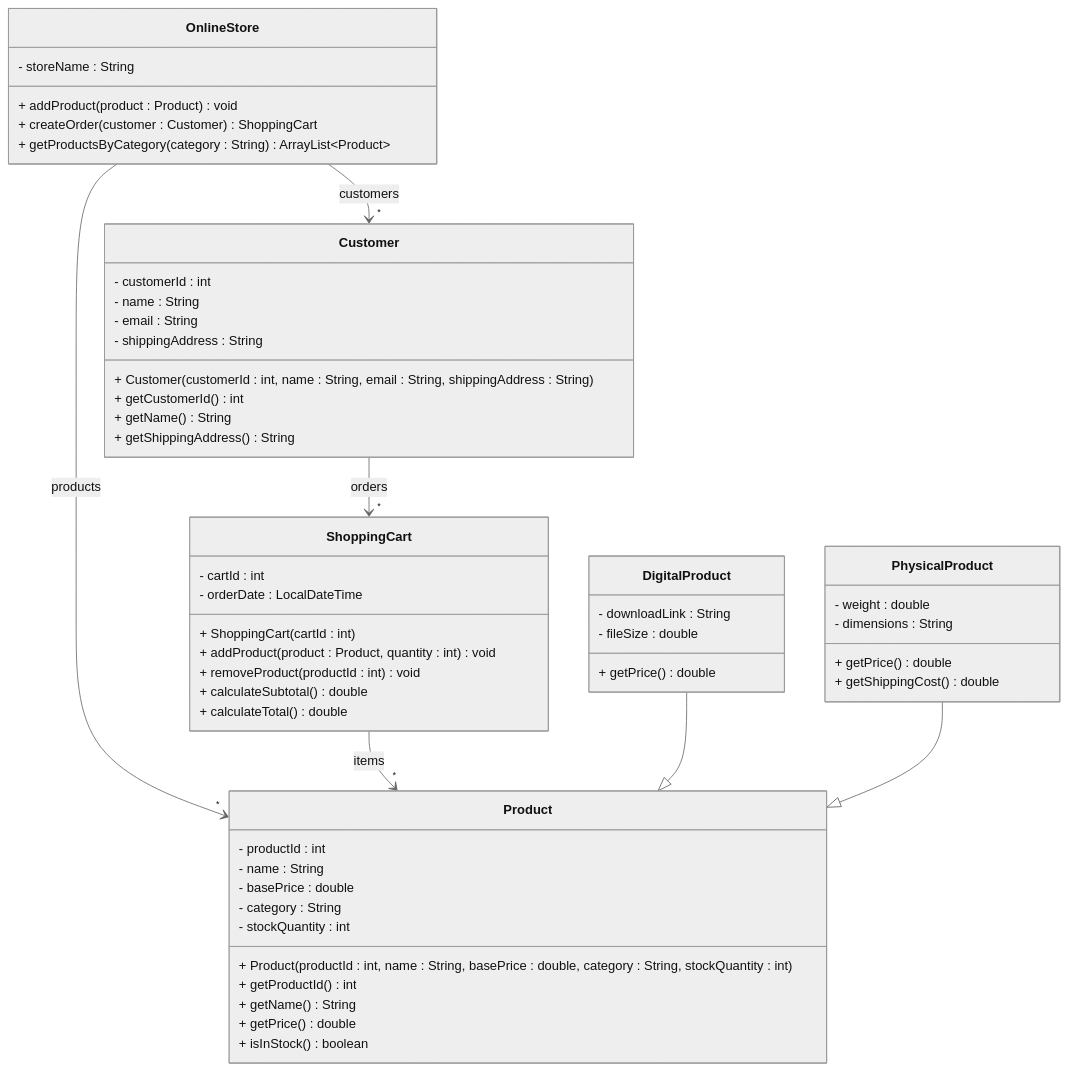
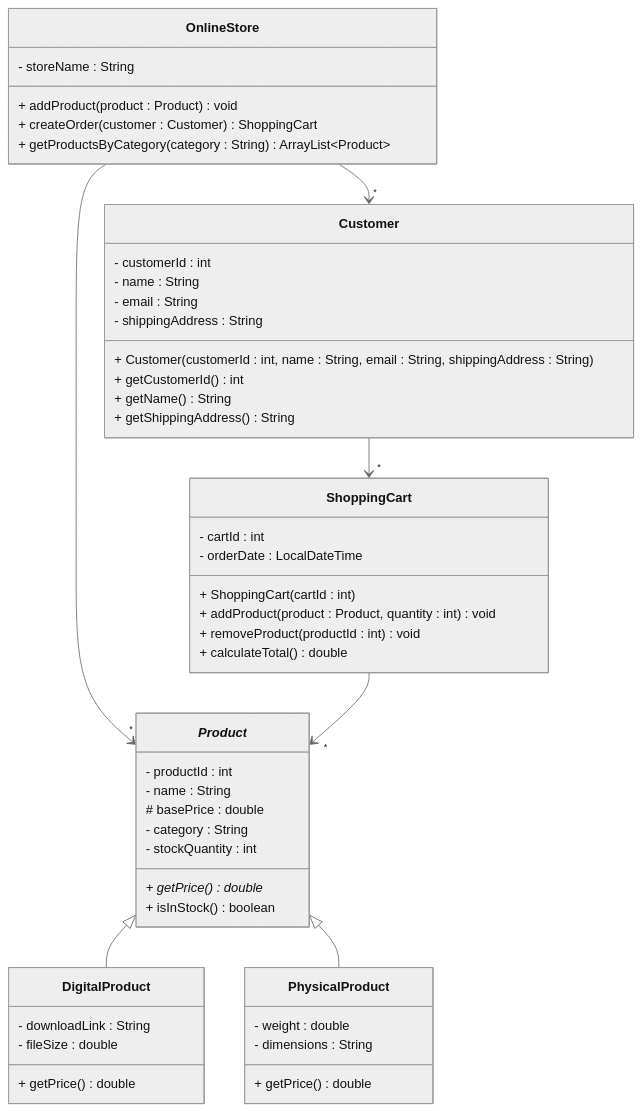
The diagram in Articles/Session 24 - Exam/013 Exercise 12 - Online Store.md (TroelsMortensen/Codelabs2), drawn with Mermaid (neutral theme) before and after one commit. The commit also changed 8 other files, not shown here.

````diff
--- a/Articles/Session 24 - Exam/013 Exercise 12 - Online Store.md
+++ b/Articles/Session 24 - Exam/013 Exercise 12 - Online Store.md
@@ -5,63 +5,58 @@
 ```mermaid
 classDiagram
     class OnlineStore {
         - storeName : String
         + addProduct(product : Product) void
         + createOrder(customer : Customer) ShoppingCart
         + getProductsByCategory(category : String) ArrayList~Product~
     }
     
     class Customer {
         - customerId : int
         - name : String
         - email : String
         - shippingAddress : String
         + Customer(customerId : int, name : String, email : String, shippingAddress : String)
         + getCustomerId() int
         + getName() String
         + getShippingAddress() String
     }
     
-    class Product {
+    class _Product_ {
         - productId : int
         - name : String
-        - basePrice : double
+        # basePrice : double
         - category : String
         - stockQuantity : int
-        + Product(productId : int, name : String, basePrice : double, category : String, stockQuantity : int)
-        + getProductId() int
-        + getName() String
-        + getPrice() double
+        + getPrice()* double
         + isInStock() boolean
     }
     
     class ShoppingCart {
         - cartId : int
         - orderDate : LocalDateTime
         + ShoppingCart(cartId : int)
         + addProduct(product : Product, quantity : int) void
         + removeProduct(productId : int) void
-        + calculateSubtotal() double
         + calculateTotal() double
     }
     
     class DigitalProduct {
         - downloadLink : String
         - fileSize : double
         + getPrice() double
     }
     
     class PhysicalProduct {
         - weight : double
         - dimensions : String
         + getPrice() double
-        + getShippingCost() double
     }
     
-    OnlineStore --> "*" Product : products
-    OnlineStore --> "*" Customer : customers
-    Customer --> "*" ShoppingCart : orders
-    ShoppingCart --> "*" Product : items
-    DigitalProduct --|> Product
-    PhysicalProduct --|> Product
+    OnlineStore --> "*" _Product_ 
+    OnlineStore --> "*" Customer 
+    Customer --> "*" ShoppingCart 
+    ShoppingCart --> "*" _Product_ 
+    _Product_ <|-- DigitalProduct
+    _Product_ <|-- PhysicalProduct
 ```
````
